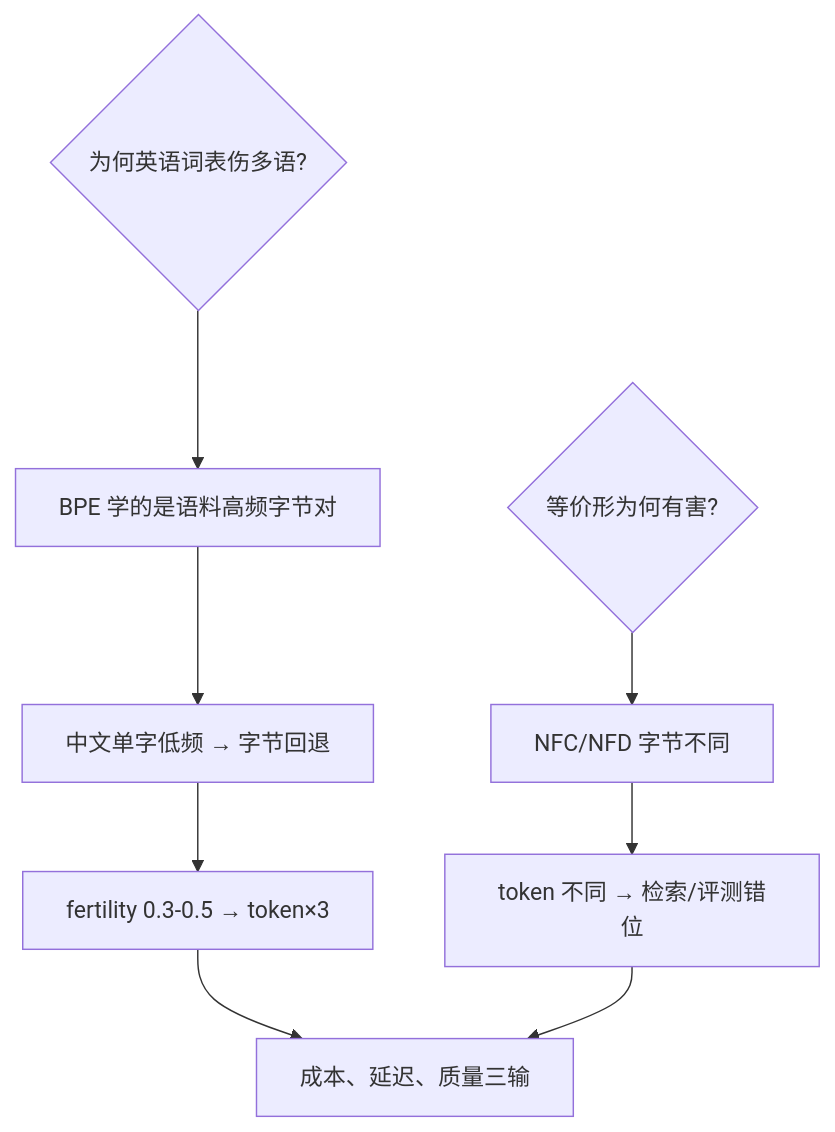
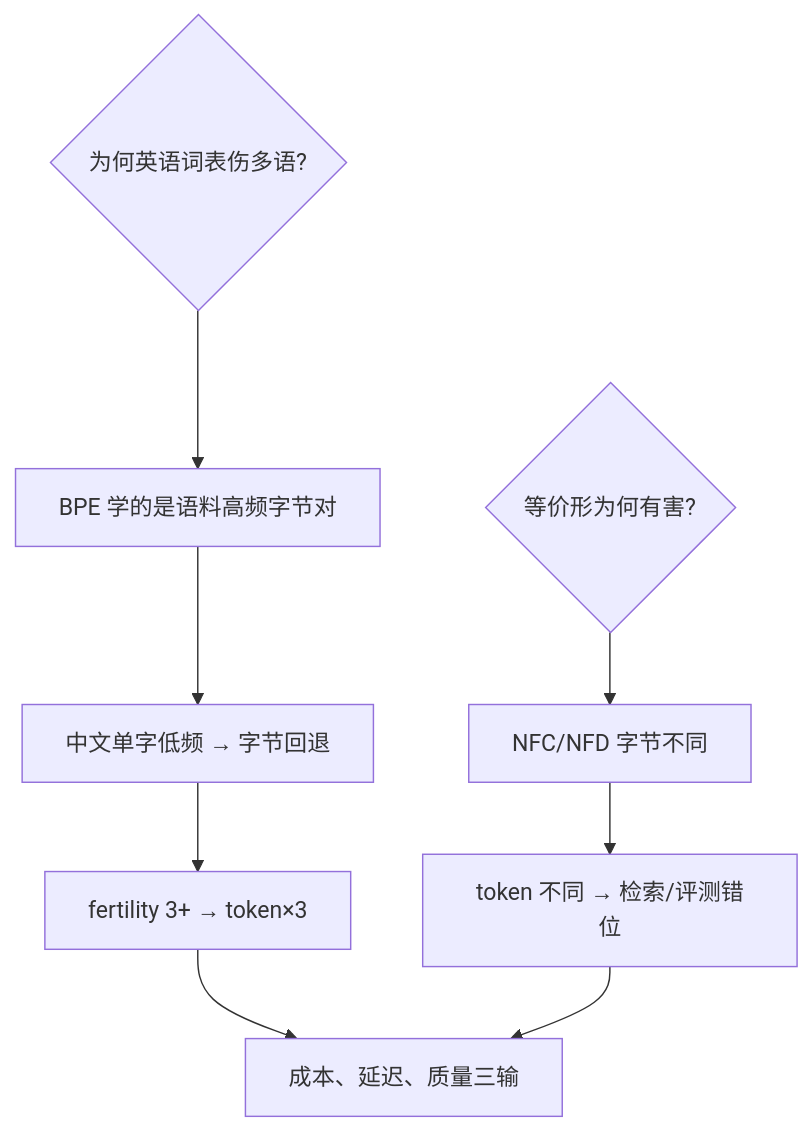
The second of 2 diagrams in docs/llm/unicode-tokenization.md (xhongduo-tech/xhongduo-tech.github.io), drawn with Mermaid before and after one commit. The commit also changed other lines of this file and 6 other files, not shown here.

````diff
--- a/docs/llm/unicode-tokenization.md
+++ b/docs/llm/unicode-tokenization.md
@@ -44,10 +44,10 @@
 ```mermaid
 flowchart TD
   Q{"为何英语词表伤多语?"} --> R["BPE 学的是语料高频字节对"]
   R --> S["中文单字低频 → 字节回退"]
-  S --> T["fertility 0.3-0.5 → token×3"]
+  S --> T["fertility 3+ → token×3"]
   U{"等价形为何有害?"} --> V["NFC/NFD 字节不同"]
   V --> W["token 不同 → 检索/评测错位"]
   T --> X["成本、延迟、质量三输"]
   W --> X
 ```
````
